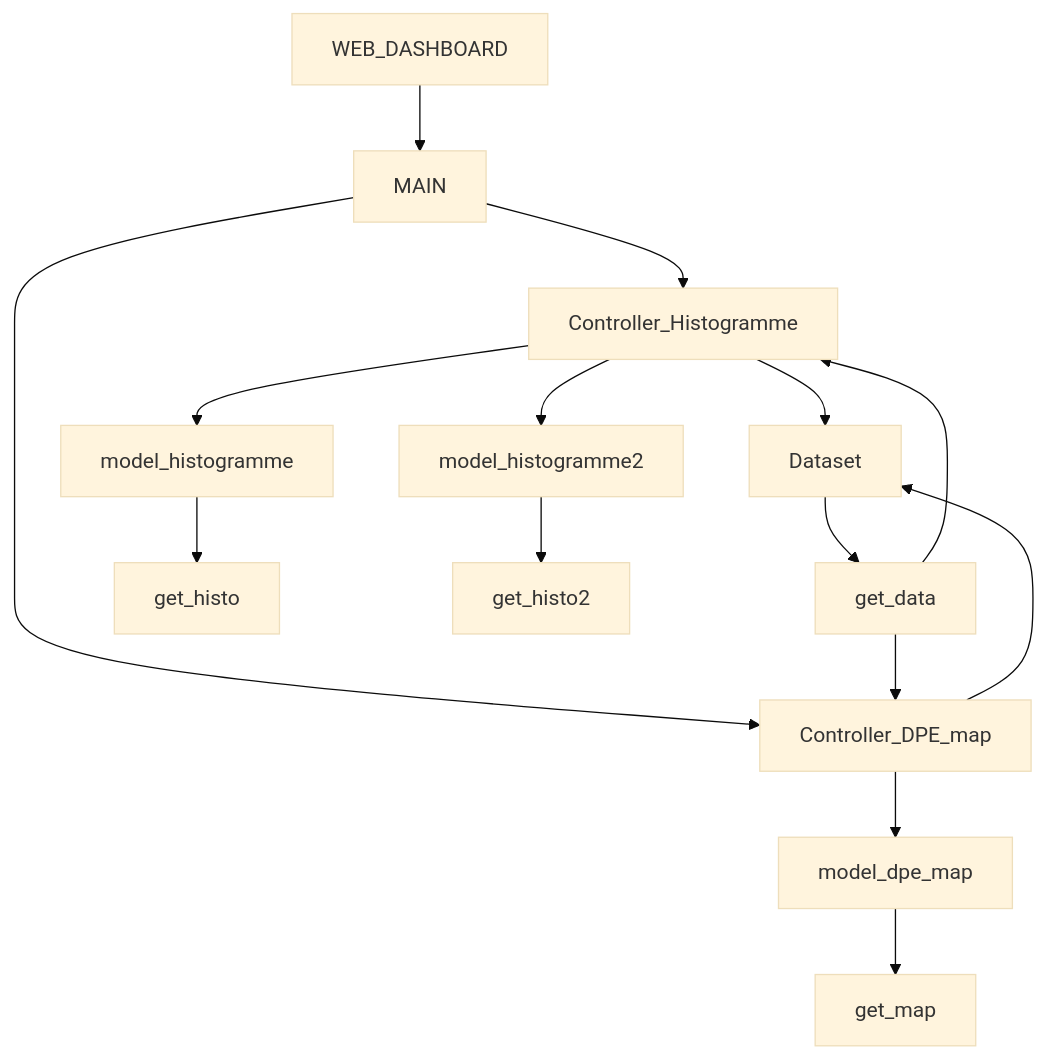
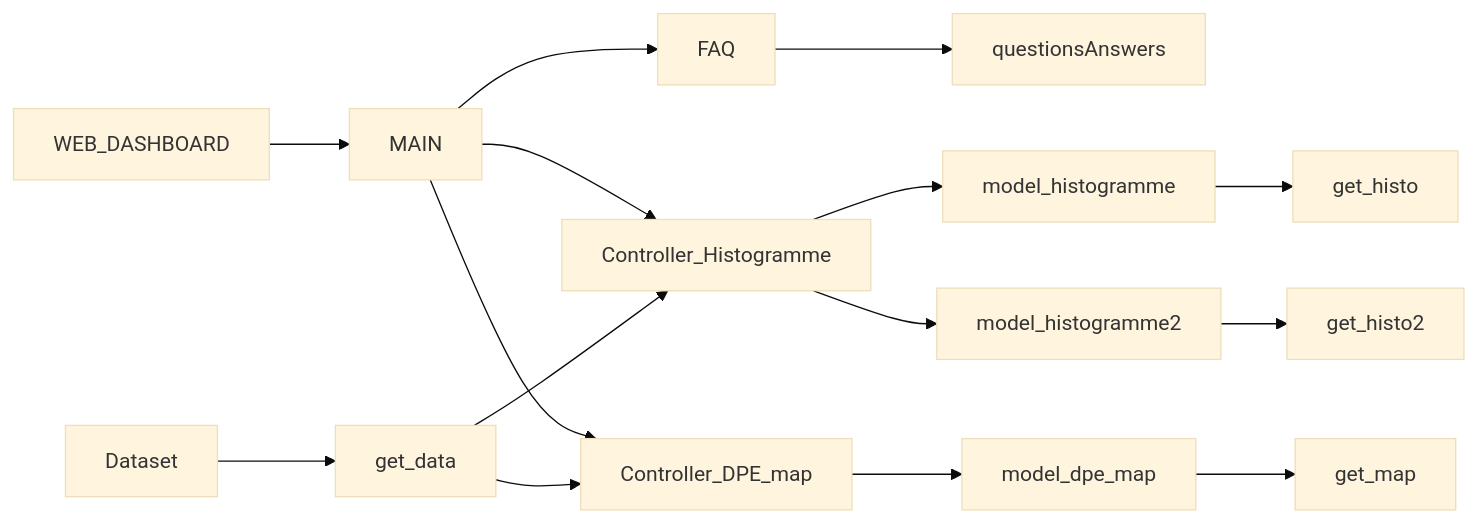
The diagram in README.md (DOMESDAY7/dashboard_dpe), drawn with Mermaid (base theme) before and after one commit. The commit also changed other lines of this file, not shown here.

````diff
--- a/README.md
+++ b/README.md
@@ -1,15 +36,16 @@
 ```mermaid
-graph TD;
+flowchart LR;
   WEB_DASHBOARD-->MAIN;
   MAIN-->Controller_Histogramme;
   MAIN-->Controller_DPE_map;
+  MAIN-->FAQ-->questionsAnswers;
+  Dataset-->get_data;
   Controller_Histogramme-->model_histogramme;
   Controller_Histogramme-->model_histogramme2;
-  Controller_Histogramme-->Dataset-->get_data-->Controller_Histogramme;
+  get_data-->Controller_Histogramme;
   model_histogramme-->get_histo;
   model_histogramme2-->get_histo2;
   Controller_DPE_map-->model_dpe_map;
-  Controller_DPE_map-->Dataset;
   get_data-->Controller_DPE_map;
   model_dpe_map-->get_map;
 ```
````
